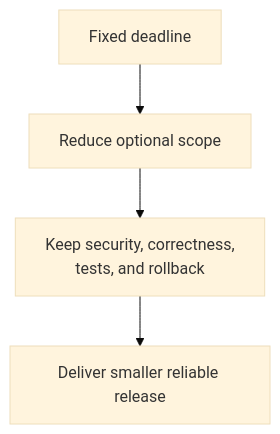
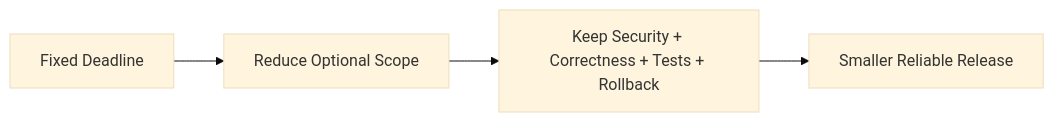
The sixth of 8 diagrams in src/content/behavioral/prioritization-tradeoffs.md (AvadhBhalodiya/Interview-Preparation), drawn with Mermaid (base theme) before and after one commit. The commit also changed other lines of this file and 54 other files, not shown here.

````diff
--- a/src/content/behavioral/prioritization-tradeoffs.md
+++ b/src/content/behavioral/prioritization-tradeoffs.md
@@ -319,6 +350,6 @@
 ```mermaid
-flowchart TD
-    A[Fixed deadline] --> B[Reduce optional scope]
-    B --> C["Keep security, correctness,<br/>tests, and rollback"]
-    C --> D[Deliver smaller reliable release]
+flowchart LR
+    A[Fixed Deadline] --> B[Reduce Optional Scope]
+    B --> C["Keep Security + Correctness + Tests + Rollback"]
+    C --> D[Smaller Reliable Release]
 ```
````
